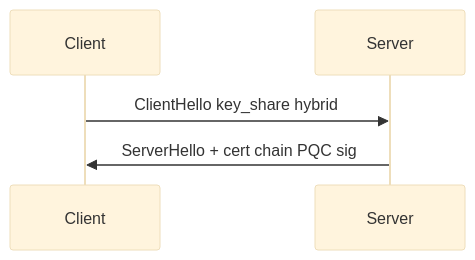
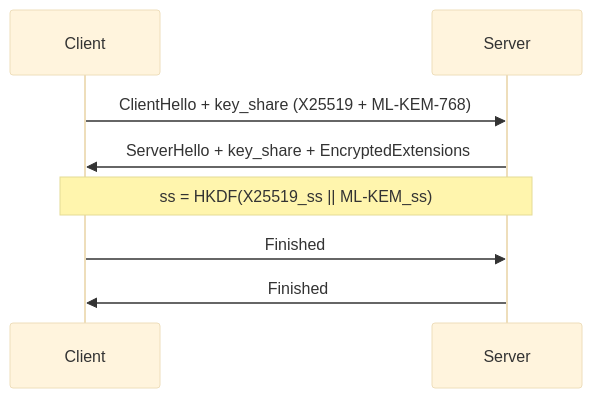
The first of 2 diagrams in manuscript/chapters/18-pqc-protocols.md (kalyogyogi-ui/Ai-check-), drawn with Mermaid (base theme) before and after one commit. The commit also changed other lines of this file and 31 other files, not shown here.

First line of the commit message:
Fix figure placement: in-section after intro text, repair corrupted headings

````diff
--- a/manuscript/chapters/18-pqc-protocols.md
+++ b/manuscript/chapters/18-pqc-protocols.md
@@ -9,7 +23,10 @@
 ```mermaid
 sequenceDiagram
   participant C as Client
   participant S as Server
-  C->>S: ClientHello key_share hybrid
-  S->>C: ServerHello + cert chain PQC sig
+  C->>S: ClientHello + key_share (X25519 + ML-KEM-768)
+  S->>C: ServerHello + key_share + EncryptedExtensions
+  Note over C,S: ss = HKDF(X25519_ss || ML-KEM_ss)
+  C->>S: Finished
+  S->>C: Finished
 ```
````
